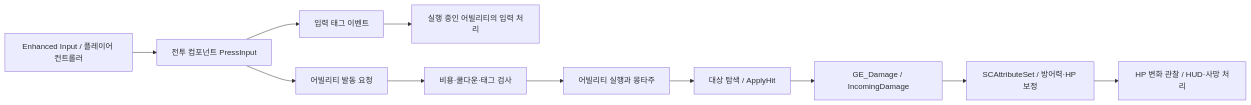
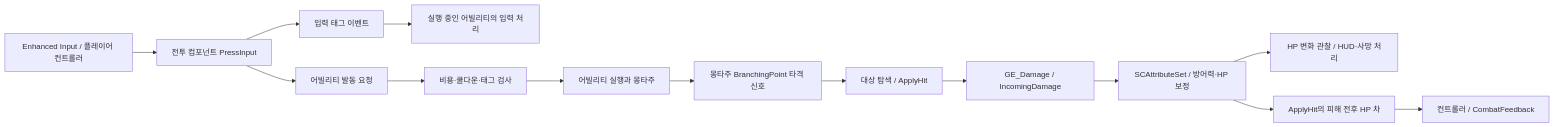
One commit to eruminyu/ue_test changed the diagram in docs/07-study-guide.md. Above: the diagram before and after it, drawn with Mermaid. The commit also changed other lines of this file and 9 other files, not shown here.

````diff
--- a/docs/07-study-guide.md
+++ b/docs/07-study-guide.md
@@ -24,13 +25,16 @@
 ```mermaid
 flowchart LR
     A[Enhanced Input / 플레이어 컨트롤러] --> B[전투 컴포넌트 PressInput]
     B --> C[입력 태그 이벤트]
     B --> D[어빌리티 발동 요청]
     C --> E[실행 중인 어빌리티의 입력 처리]
     D --> F[비용·쿨다운·태그 검사]
     F --> G[어빌리티 실행과 몽타주]
-    G --> H[대상 탐색 / ApplyHit]
+    G --> N[몽타주 BranchingPoint 타격 신호]
+    N --> H[대상 탐색 / ApplyHit]
     H --> I[GE_Damage / IncomingDamage]
     I --> J[SCAttributeSet / 방어력·HP 보정]
     J --> K[HP 변화 관찰 / HUD·사망 처리]
+    J --> L[ApplyHit의 피해 전후 HP 차]
+    L --> M[컨트롤러 / CombatFeedback]
 ```
````
